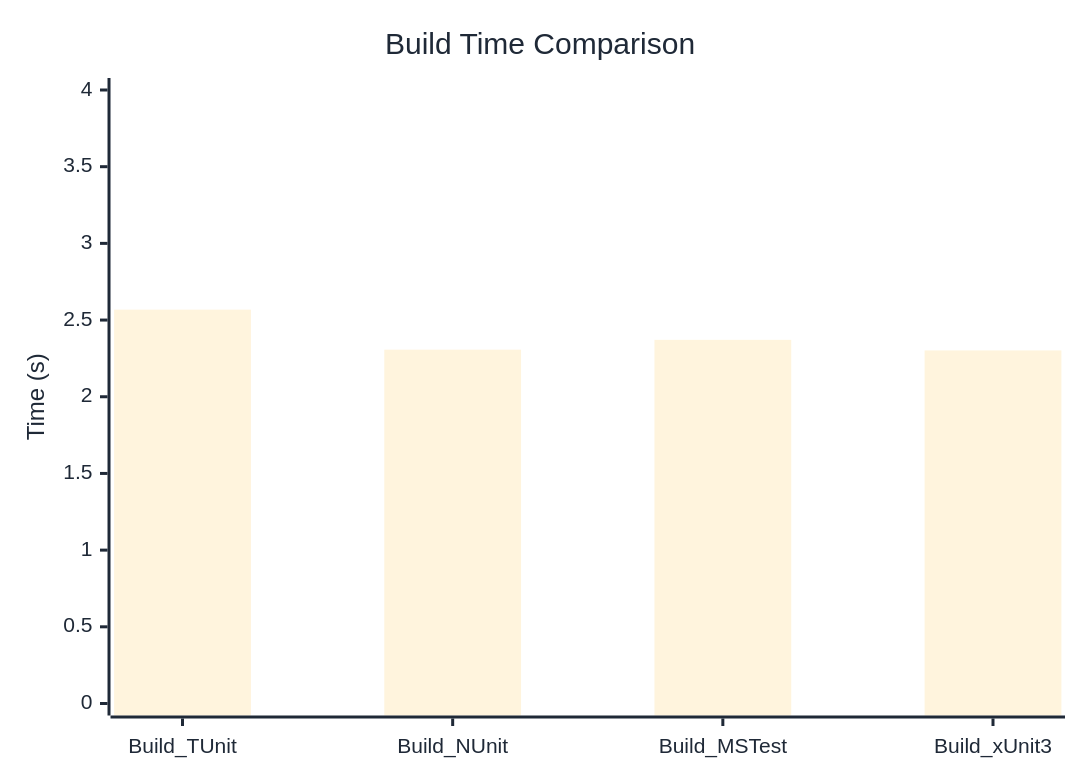
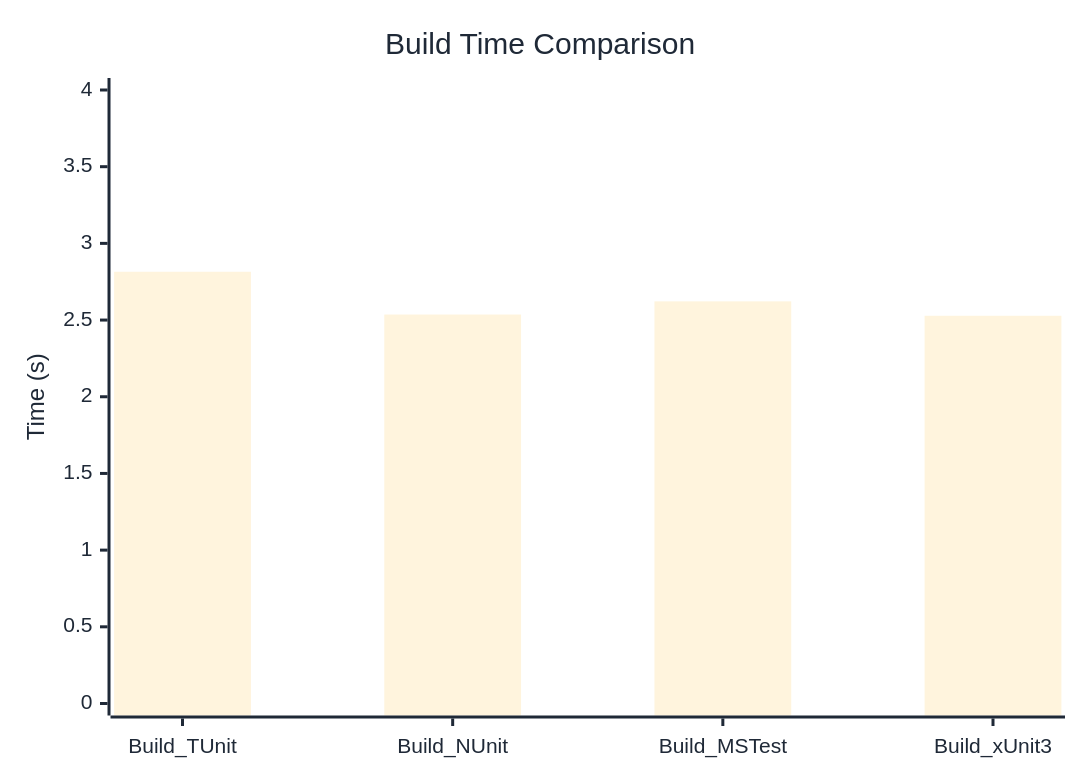
The diagram in docs/docs/benchmarks/BuildTime.md (thomhurst/TUnit), drawn with Mermaid before and after one commit. The commit also changed other lines of this file and 17 other files, not shown here.

````diff
--- a/docs/docs/benchmarks/BuildTime.md
+++ b/docs/docs/benchmarks/BuildTime.md
@@ -28,37 +28,37 @@
 ```mermaid
 %%{init: {
   'theme':'base',
   'themeVariables': {
     'primaryColor': '#2563eb',
     'primaryTextColor': '#1f2937',
     'primaryBorderColor': '#1e40af',
     'lineColor': '#6b7280',
     'secondaryColor': '#7c3aed',
     'tertiaryColor': '#dc2626',
     'background': '#ffffff',
     'mainBkg': '#2563eb',
     'secondBkg': '#7c3aed',
     'tertiaryBkg': '#dc2626',
     'clusterBkg': '#f3f4f6',
     'edgeLabelBackground': '#ffffff',
     'tertiaryTextColor': '#1f2937',
     'pie1': '#2563eb',
     'pie2': '#7c3aed',
     'pie3': '#dc2626',
     'pie4': '#f59e0b',
     'pie5': '#10b981',
     'pie6': '#06b6d4',
     'pie7': '#ec4899',
     'pie8': '#6366f1',
     'pie9': '#84cc16',
     'pie10': '#f97316',
     'pie11': '#14b8a6',
     'pie12': '#a855f7'
   }
 }}%%
 xychart-beta
   title "Build Time Comparison"
   x-axis ["Build_TUnit", "Build_NUnit", "Build_MSTest", "Build_xUnit3"]
   y-axis "Time (s)" 0 --> 4
-  bar [2.568, 2.307, 2.371, 2.302]
+  bar [2.815, 2.536, 2.622, 2.528]
 ```
````
